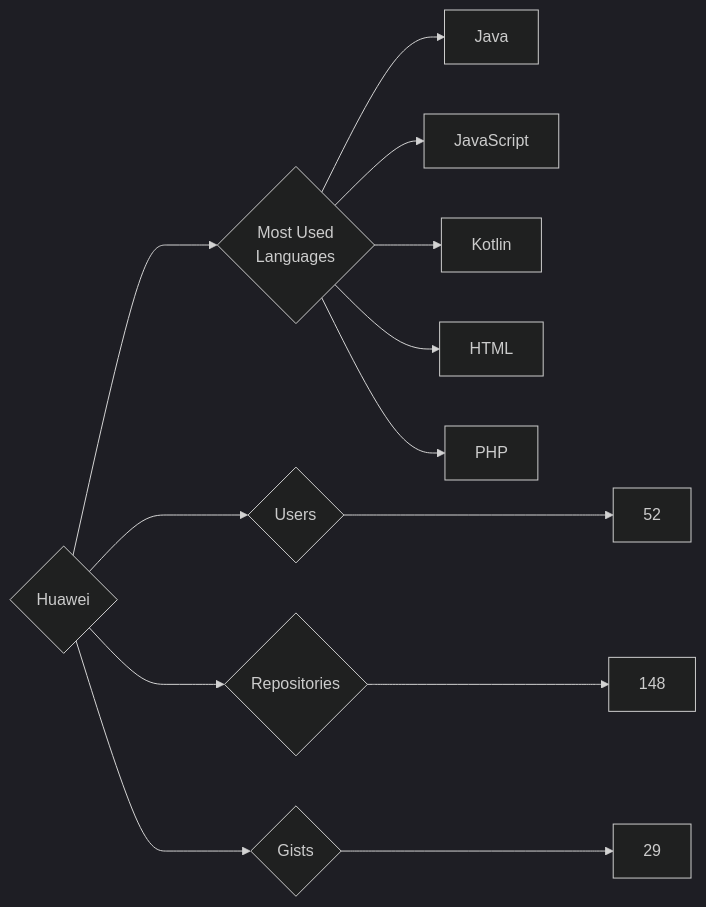
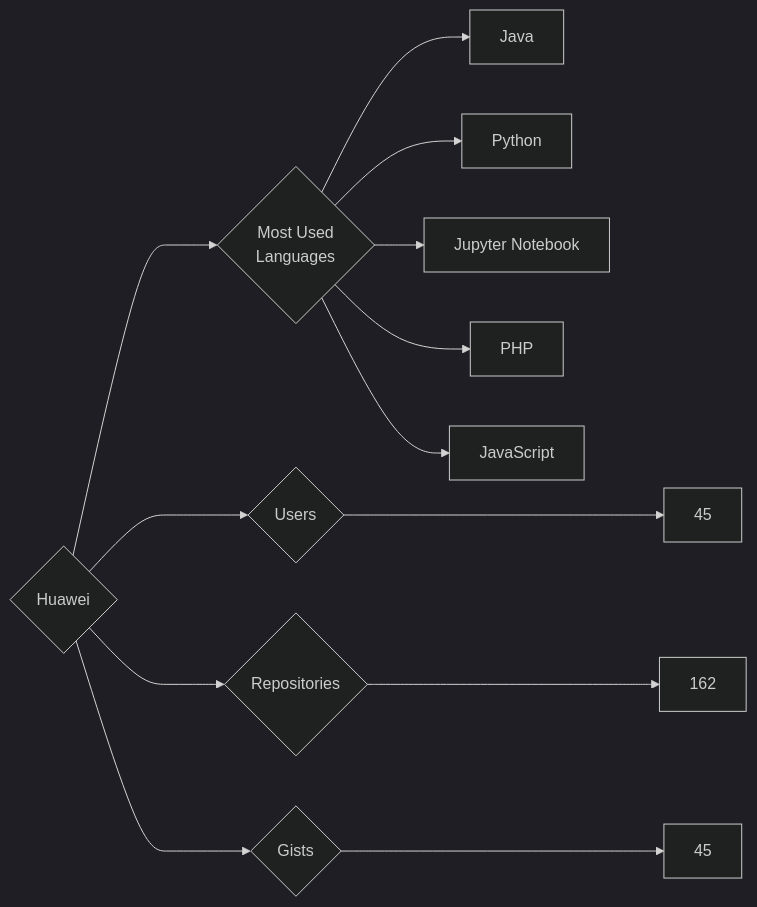
Before and after one commit to trickest/insiders: the diagram in targets/Huawei/README.md, drawn with Mermaid (dark theme). The commit also changed 847 other files, not shown here.

````diff
--- a/targets/Huawei/README.md
+++ b/targets/Huawei/README.md
@@ -3,13 +3,13 @@
 ```mermaid
 graph LR
 COMPANY_NAME{Huawei}
-COMPANY_NAME ---> U{Users} ---> UN[52]
-COMPANY_NAME ---> R{Repositories} ---> RN[148]
-COMPANY_NAME ---> G{Gists} ---> GN[29]
+COMPANY_NAME ---> U{Users} ---> UN[45]
+COMPANY_NAME ---> R{Repositories} ---> RN[162]
+COMPANY_NAME ---> G{Gists} ---> GN[45]
 COMPANY_NAME ---> ML{Most Used<br>Languages}
 ML --> Java[Java]
+ML --> Python[Python]
+ML --> Jupyter_Notebook[Jupyter Notebook]
+ML --> PHP[PHP]
 ML --> JavaScript[JavaScript]
-ML --> Kotlin[Kotlin]
-ML --> HTML[HTML]
-ML --> PHP[PHP]
 ```
````
